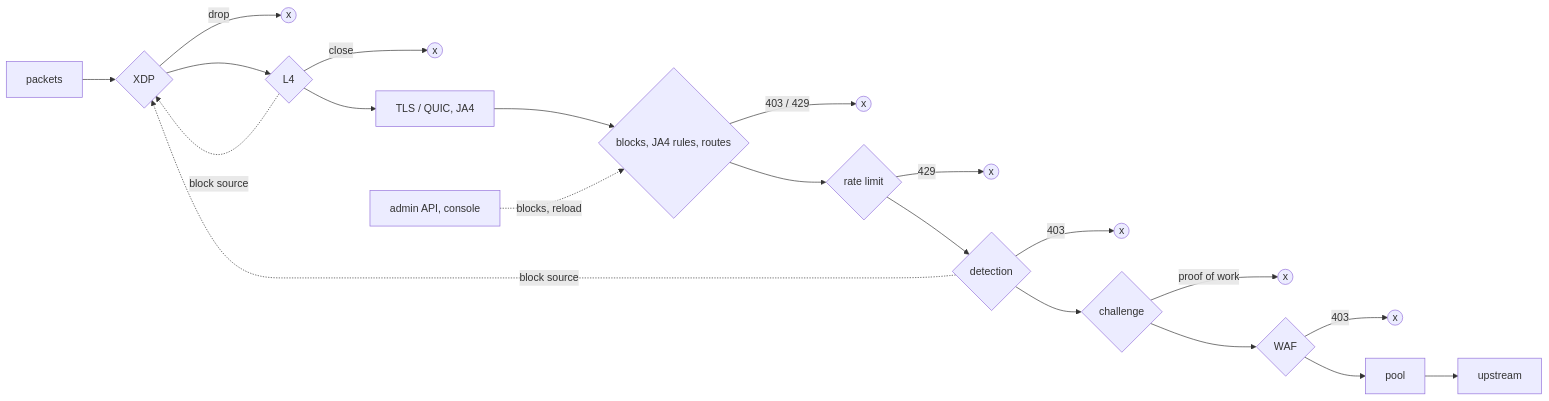
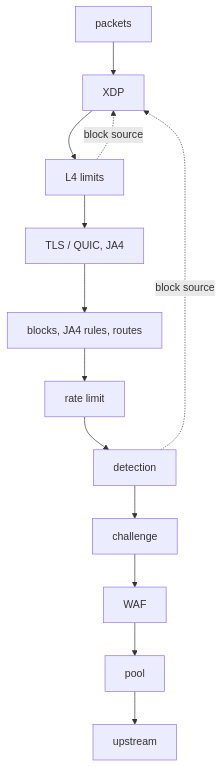
Before and after one commit to franzramadhan/dvarapala: the diagram in README.md, drawn with Mermaid. The commit also changed other lines of this file, not shown here.

Commit message:
docs: readable how it works chart in the README (#194)
The "How it works" chart was one horizontal row of 10 stages with 7
refusal branches; GitHub scales it down until the text is tiny.

- `flowchart TD` with the stages only and the two XDP feedback arrows.
- A table: stage, what it checks, how it refuses, RFC.
- The paragraph keeps the cost ordering and the spoofing note; the admin
API line stays as text.

The site has no copy of this chart.

````diff
--- a/README.md
+++ b/README.md
@@ -158,23 +158,15 @@
 ```mermaid
-flowchart LR
-  P[packets] --> X{XDP}
-  X -->|drop| D1((x))
-  X --> L4{L4}
-  L4 -->|close| D2((x))
+flowchart TD
+  P[packets] --> X[XDP]
+  X --> L4[L4 limits]
   L4 --> T[TLS / QUIC, JA4]
-  T --> B{blocks, JA4 rules, routes}
-  B -->|403 / 429| D3((x))
-  B --> R{rate limit}
-  R -->|429| D4((x))
-  R --> DT{detection}
-  DT -->|403| D5((x))
-  DT --> C{challenge}
-  C -->|proof of work| D6((x))
-  C --> W{WAF}
-  W -->|403| D7((x))
+  T --> B[blocks, JA4 rules, routes]
+  B --> R[rate limit]
+  R --> DT[detection]
+  DT --> C[challenge]
+  C --> W[WAF]
   W --> PL[pool]
   PL --> U[upstream]
   L4 -.->|block source| X
   DT -.->|block source| X
-  A[admin API, console] -.->|blocks, reload| B
 ```
````
